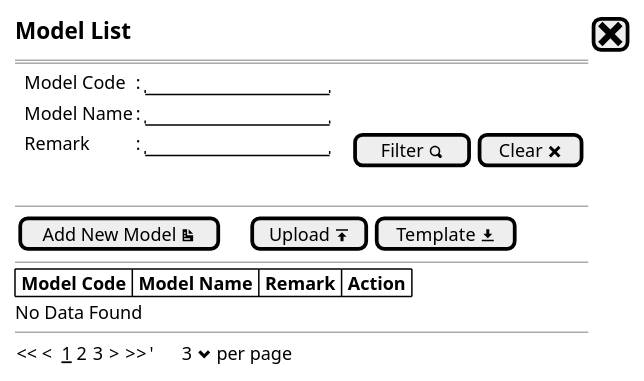
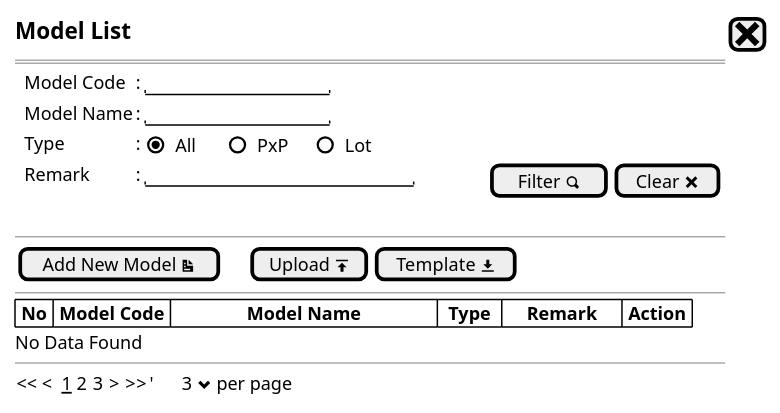
Before and after one commit to ari-fikri/packing-cost-mockup: the diagram in Model/model - newstep0.puml, drawn with PlantUML. The commit also changed 5 other files, not shown here.

Commit message:
- Add Type (Lot/PxP) field - Padding table fields for better and consisten view

```diff
--- a/Model/model - newstep0.puml
+++ b/Model/model - newstep0.puml
@@ -1,26 +1,27 @@
 @startsalt
 {
   <size:15><b>Model List |[<size:25><&x>]|*
   ==
   {
-      .|Model Code        |: |"               "|*
-      .|Model Name  |: |"               "|*
-      .|Remark      |: |"               "|.|.|[Filter <&magnifying-glass>]| [Clear <&x>]|*      
+    .|Model Code        |: |"               "|*
+    .|Model Name        |: |"               "|*
+    .|Type              |: {(X)All      |()PxP     |   ()Lot  }*
+    .|Remark            |: |"                      "|              |[Filter <&magnifying-glass>]| [Clear <&x>]|*
   }
   .
   --
   {
   [Add New Model <&document>]|.|.|.|[Upload <&data-transfer-upload>]| [Template <&data-transfer-download>]|* 
   }
   --
   {#
-    |<b> Model Code |<b> Model Name |<b> Remark |<b> Action |*|*|*
+   | <b>No | <b>Model Code |                <b>Model Name                |  <b>Type  |<b>     Remark     |<b> Action |*|*|*
   }
   No Data Found
   --
   {
   << <  __1__ 2 3  > >>  |'      3 <&chevron-bottom> per page |*
   }
 
 }
 @endsalt
```
